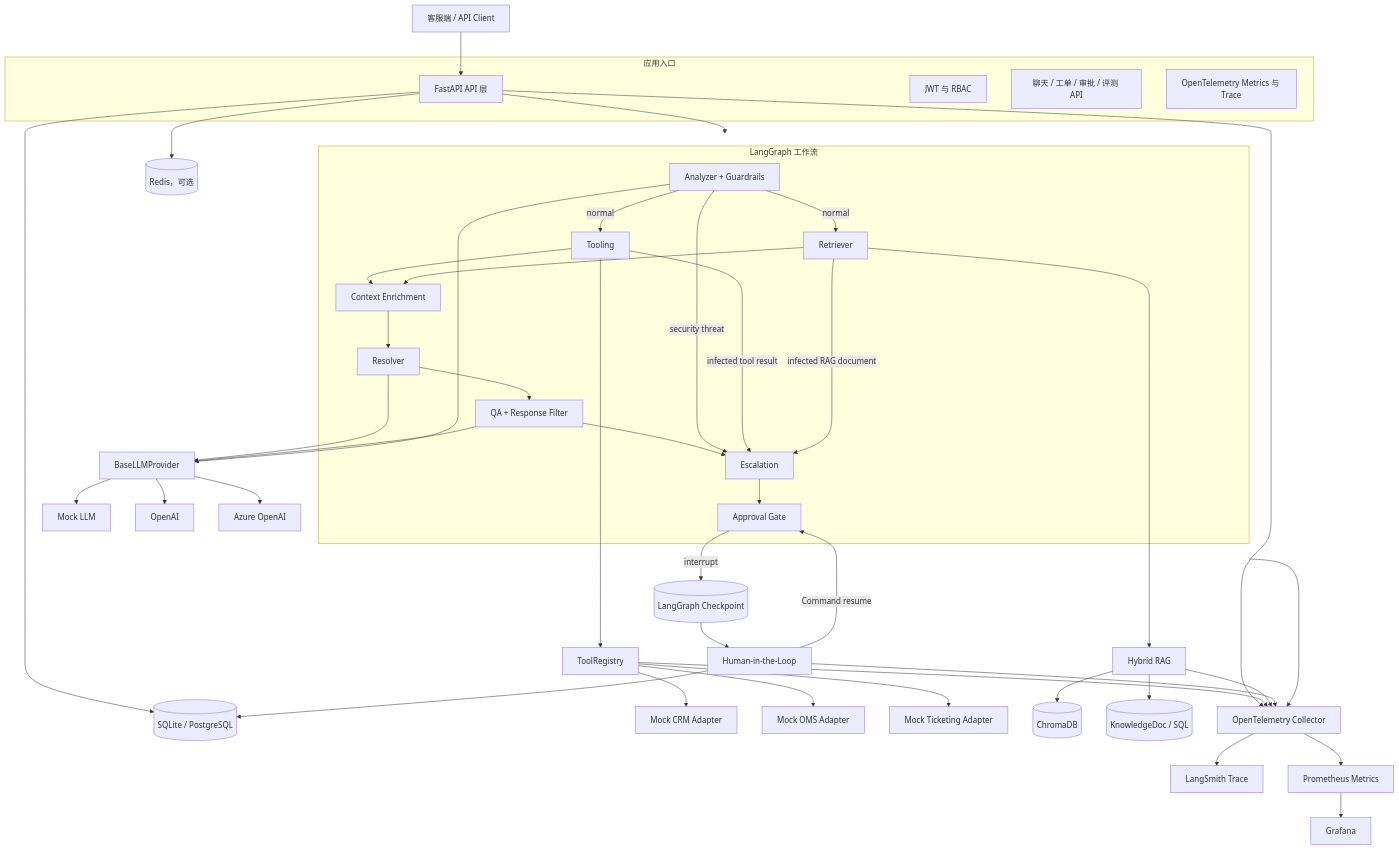
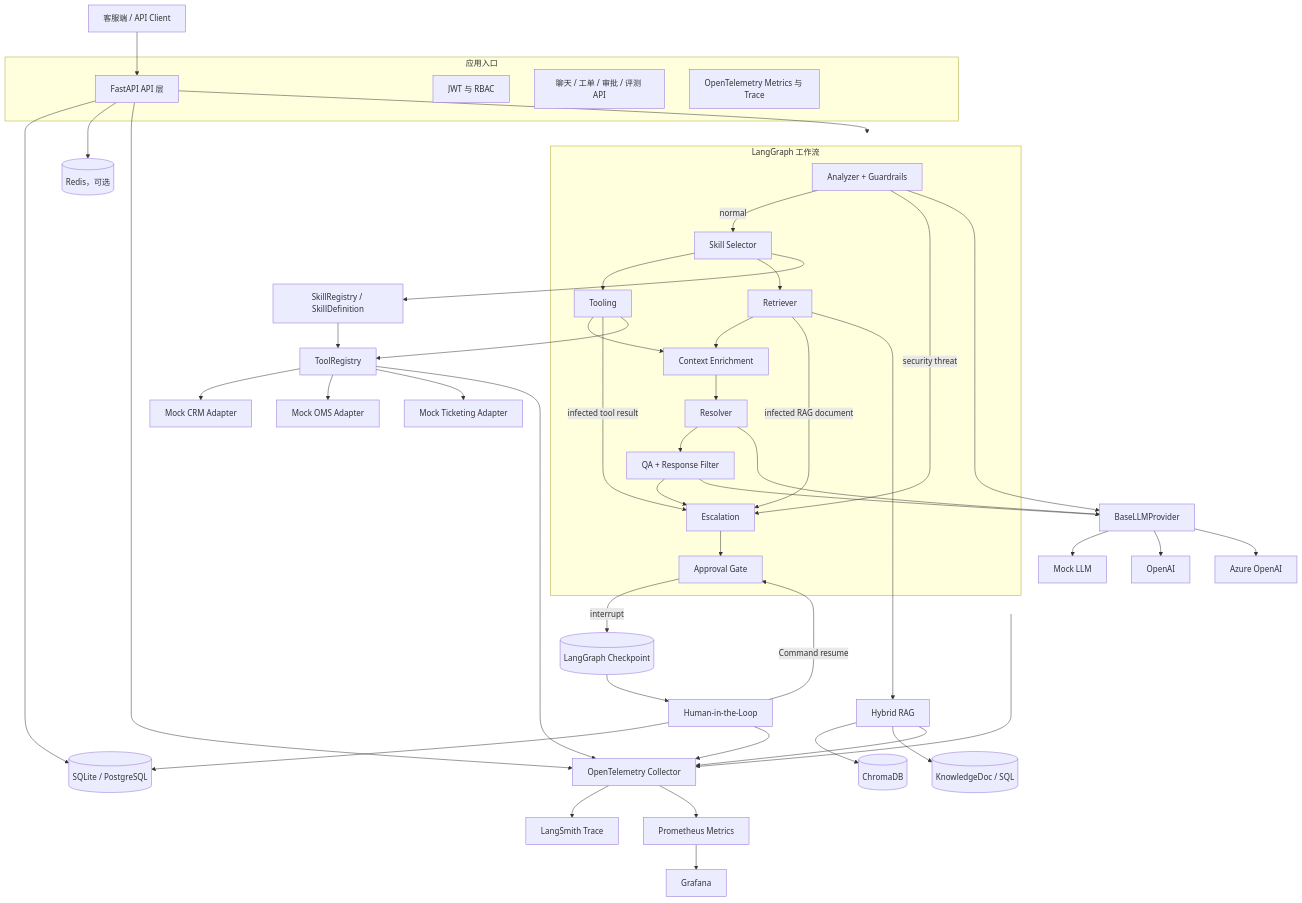
Before and after one commit to sulik0/support-gpt-enterprise-resume: the first of 6 diagrams in docs/01_ARCHITECTURE.md, drawn with Mermaid. The commit also changed other lines of this file and 26 other files, not shown here.

````diff
--- a/docs/01_ARCHITECTURE.md
+++ b/docs/01_ARCHITECTURE.md
@@ -20,67 +20,71 @@
 ```mermaid
 flowchart TB
     Client[客服端 / API Client] --> Gateway[FastAPI API 层]
 
     subgraph App[应用入口]
         Gateway
         Auth[JWT 与 RBAC]
         Chat[聊天 / 工单 / 审批 / 评测 API]
         HTTPTrace[OpenTelemetry Metrics 与 Trace]
     end
 
     Gateway --> Graph
     Gateway --> SQL
     Gateway --> Redis
 
     subgraph Graph[LangGraph 工作流]
         Analyzer[Analyzer + Guardrails]
+        SkillSelector[Skill Selector]
         Tooling[Tooling]
         Retriever[Retriever]
         ContextJoin[Context Enrichment]
         Resolver[Resolver]
         QA[QA + Response Filter]
         Escalation[Escalation]
         ApprovalGate[Approval Gate]
-        Analyzer -->|normal| Tooling
-        Analyzer -->|normal| Retriever
+        Analyzer -->|normal| SkillSelector
+        SkillSelector --> Tooling
+        SkillSelector --> Retriever
         Tooling --> ContextJoin
         Retriever --> ContextJoin
         ContextJoin --> Resolver --> QA --> Escalation --> ApprovalGate
         Analyzer -->|security threat| Escalation
         Tooling -->|infected tool result| Escalation
         Retriever -->|infected RAG document| Escalation
     end
 
     Tooling --> Registry[ToolRegistry]
+    SkillSelector --> Skills[SkillRegistry / SkillDefinition]
+    Skills --> Registry
     Registry --> CRM[Mock CRM Adapter]
     Registry --> OMS[Mock OMS Adapter]
     Registry --> Ticketing[Mock Ticketing Adapter]
 
     Retriever --> RAG[Hybrid RAG]
     RAG --> Chroma[(ChromaDB)]
     RAG --> KB[(KnowledgeDoc / SQL)]
 
     Resolver --> Provider[BaseLLMProvider]
     QA --> Provider
     Analyzer --> Provider
     Provider --> Mock[Mock LLM]
     Provider --> OpenAI[OpenAI]
     Provider --> Azure[Azure OpenAI]
 
     ApprovalGate -->|interrupt| Checkpoint[(LangGraph Checkpoint)]
     Checkpoint --> Approval[Human-in-the-Loop]
     Approval -->|Command resume| ApprovalGate
     Approval --> SQL
 
     SQL[(SQLite / PostgreSQL)]
     Redis[(Redis，可选)]
 
     Gateway --> Obs[OpenTelemetry Collector]
     Obs --> LangSmith[LangSmith Trace]
     Obs --> Prometheus[Prometheus Metrics]
     Prometheus --> Grafana[Grafana]
     Graph --> Obs
     Registry --> Obs
     RAG --> Obs
     Approval --> Obs
 ```
````
